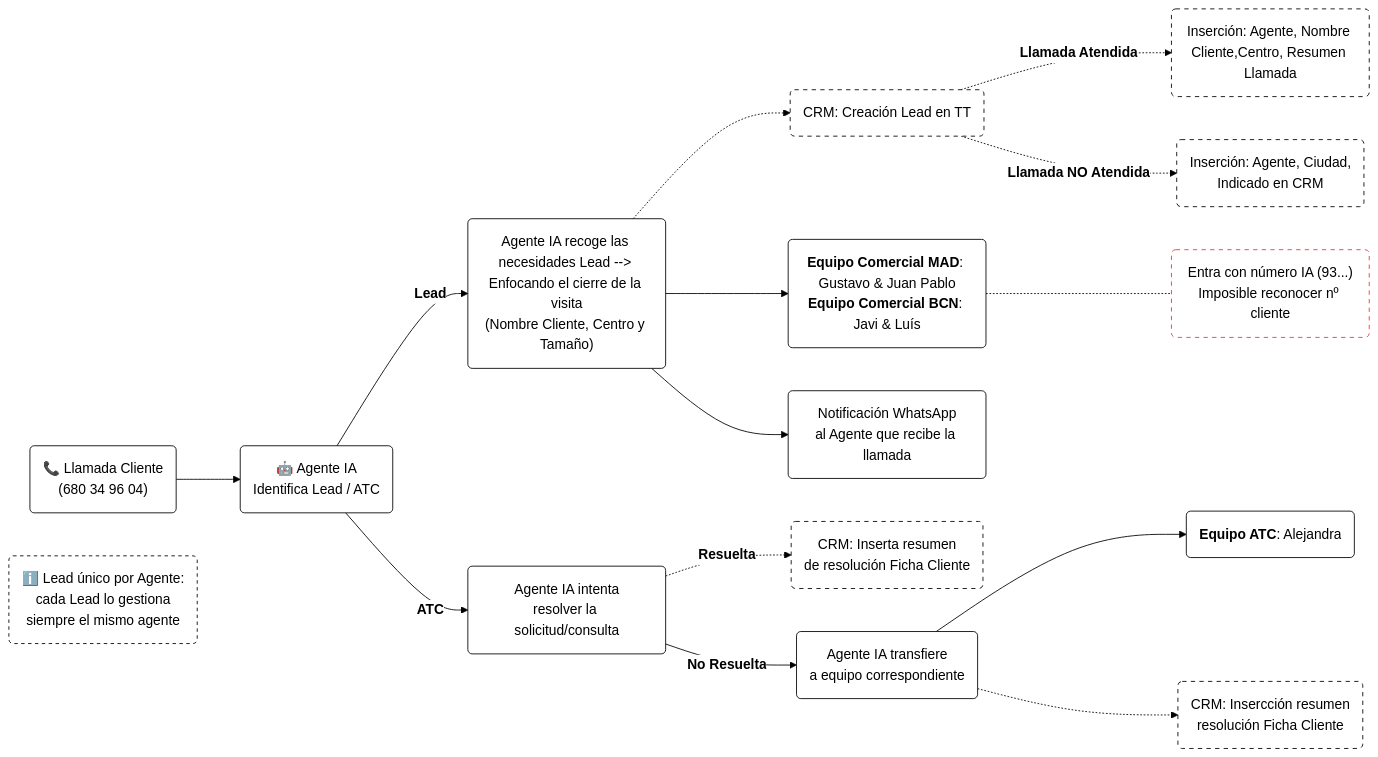
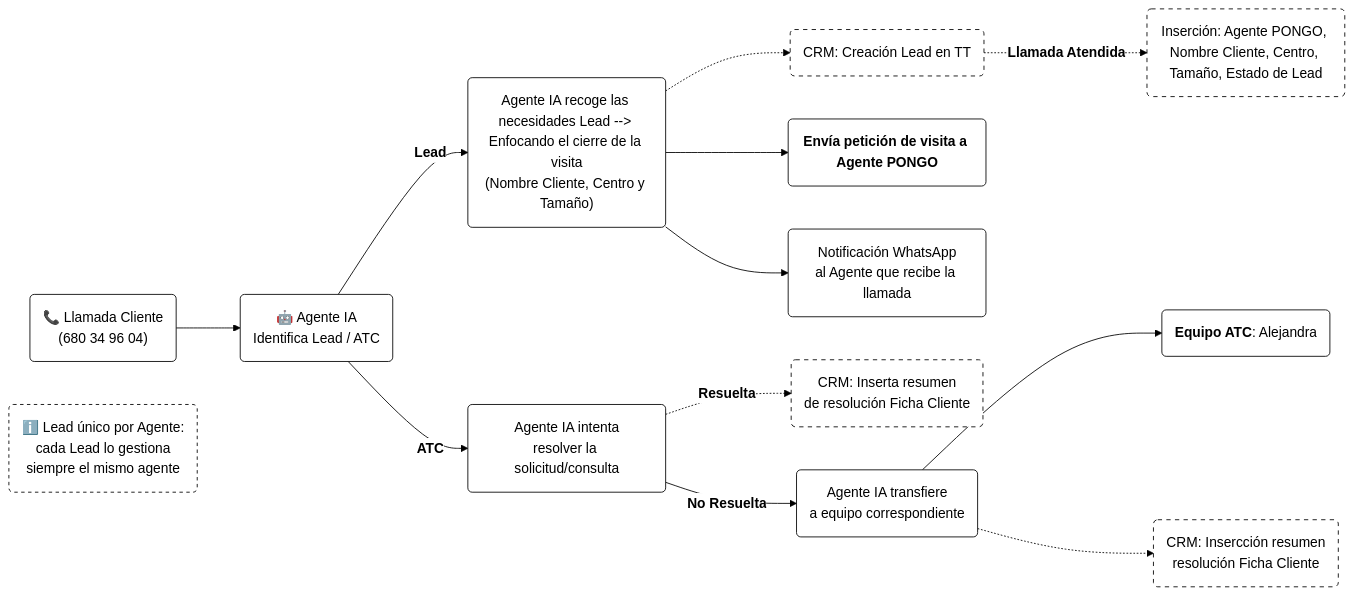
Before and after one commit to Fblanchete/Agente-IA: the diagram in flujo_en_horario (1).md, drawn with Mermaid.

Commit message:
Update flujo_en_horario (1).md

````diff
--- a/flujo_en_horario (1).md
+++ b/flujo_en_horario (1).md
@@ -3,34 +3,32 @@
 ```mermaid
 %%{init: {'theme': 'base', 'themeVariables': { 'fontFamily': 'Arial', 'background': '#FFFFFF', 'primaryColor': '#FFFFFF', 'primaryBorderColor': '#000000', 'primaryTextColor': '#000000', 'lineColor': '#000000', 'secondaryColor': '#FFFFFF', 'tertiaryColor': '#FFFFFF'}}}%%
 flowchart LR
     A1("📞 Llamada Cliente<br/>(680 34 96 04)") --> A2("🤖 Agente IA<br/>Identifica Lead / ATC")
 
     A2 -->|"`**Lead**`"| L2("Agente IA recoge las necesidades Lead --> Enfocando el cierre de la visita<br/>(Nombre Cliente, Centro y Tamaño)")
     L2 -.-> CRM1("CRM: Creación Lead en TT")
-    L4 -.- L3("Entra con número IA (93...)<br/>Imposible reconocer nº cliente")
-    L2 --> L4("`**Equipo Comercial MAD**: Gustavo & Juan Pablo<br/>**Equipo Comercial BCN**: Javi & Luís`")
+    L2 --> L4("`**Envía petición de visita a Agente PONGO**`")
     L2 --> L5("Notificación WhatsApp<br/>al Agente que recibe la llamada")
-    CRM1 -.-> |"`**Llamada Atendida**`"| LA("Inserción: Agente, Nombre Cliente,Centro, Resumen Llamada")
-    CRM1 -.-> |"`**Llamada NO Atendida**`"| LNA("Inserción: Agente, Ciudad,<br/>Indicado en CRM")
+    CRM1 -.-> |"`**Llamada Atendida**`"| LA("Inserción: Agente PONGO, Nombre Cliente, Centro, Tamaño, Estado de Lead")
 
     A2 -->|"`**ATC**`"| T1("Agente IA intenta<br/>resolver la solicitud/consulta")
     T1 -.->|"`**Resuelta**`"| CRM2("CRM: Inserta resumen<br/>de resolución Ficha Cliente")
     T1 -->|"`**No Resuelta**`"| T2("Agente IA transfiere<br/>a equipo correspondiente")
     T2 --> T3("`**Equipo ATC**: Alejandra`")
     T2 -.-> CRM3("CRM: Insercción resumen<br/>resolución Ficha Cliente")
   
 
     N0("ℹ️ Lead único por Agente:<br/>cada Lead lo gestiona<br/>siempre el mismo agente")
 
 
     classDef todos fill:#FFFFFF,stroke:#000000,color:#000000
     classDef nota fill:#FFFFFF,stroke:#000000,color:#000000,stroke-dasharray: 4 4
     classDef comment fill:#FFFFFF,stroke:#FF2C2C,color:#000000,stroke-dasharray: 5 5
     classDef CRM fill:#FFFFFF,stroke:#000000,color:#000000,stroke-dasharray: 5 5
     class A1,A2,L2,L4,L5,T1,T2,T3 todos
     class N0 nota
     class L3 comment
     class CRM1,LA,LNA,CRM3,CRM2 CRM
    
 
 ```
````
